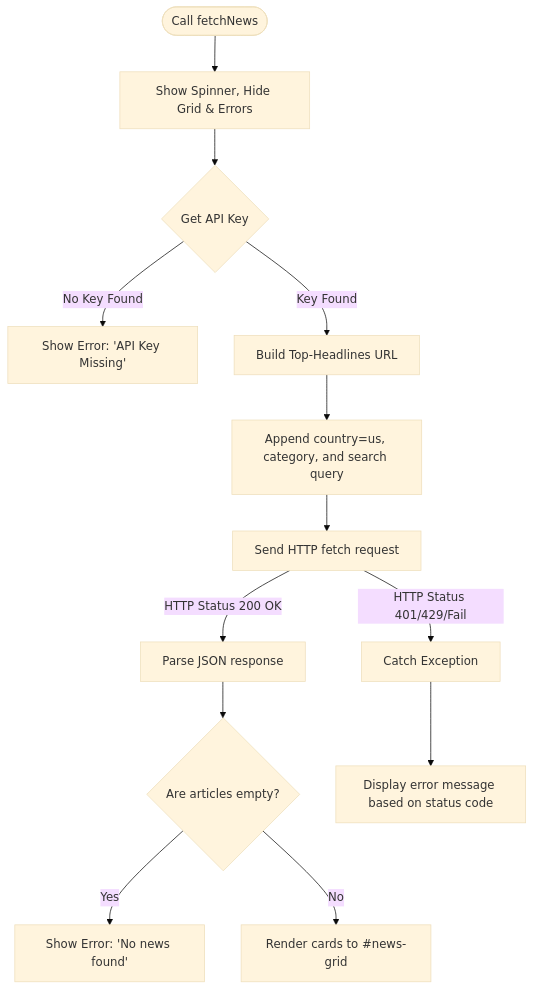
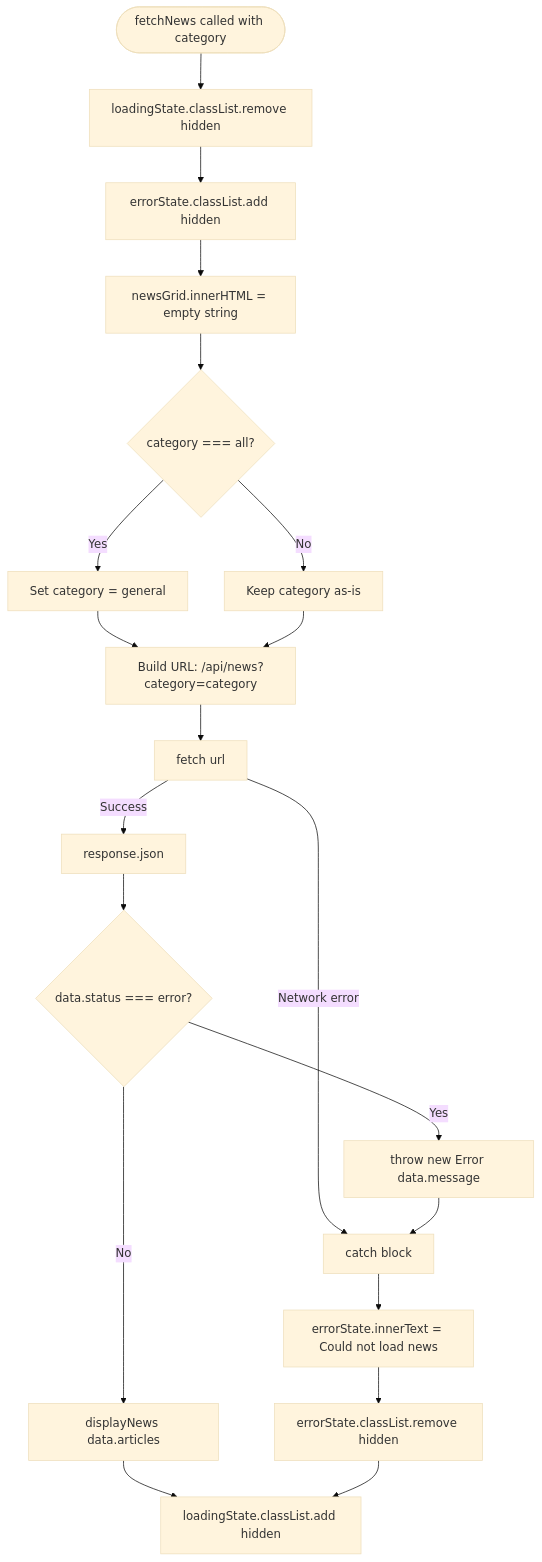
One commit to shahaulalam85/News_ojt changed the fourth of 13 diagrams in workflow.md. Above: the diagram before and after it, drawn with Mermaid (base theme). The commit also changed other lines of this file, not shown here.

````diff
--- a/workflow.md
+++ b/workflow.md
@@ -55,20 +138,22 @@
 ```mermaid
 flowchart TD
-    Start([Call fetchNews]) --> ShowLoading[Show Spinner, Hide Grid & Errors]
-    ShowLoading --> ResolveKey{Get API Key}
-    
-    ResolveKey -->|No Key Found| ErrorNoKey[Show Error: 'API Key Missing']
-    ResolveKey -->|Key Found| BuildURL[Build Top-Headlines URL]
-    
-    BuildURL --> AppendParams[Append country=us, category, and search query]
-    AppendParams --> FetchAPI[Send HTTP fetch request]
-    
-    FetchAPI -->|HTTP Status 200 OK| ParseJSON[Parse JSON response]
-    FetchAPI -->|HTTP Status 401/429/Fail| CatchError[Catch Exception]
-    
-    ParseJSON --> CheckArticles{Are articles empty?}
-    CheckArticles -->|Yes| ErrorEmpty[Show Error: 'No news found']
-    CheckArticles -->|No| RenderNews[Render cards to #news-grid]
-    
-    CatchError --> ErrorBoundary[Display error message based on status code]
+    Start([fetchNews called with category]) --> A[loadingState.classList.remove hidden]
+    A --> B[errorState.classList.add hidden]
+    B --> C[newsGrid.innerHTML = empty string]
+    C --> D{category === all?}
+    D -->|Yes| E[Set category = general]
+    D -->|No| F[Keep category as-is]
+    E --> G
+    F --> G[Build URL: /api/news?category=category]
+    G --> H[fetch url]
+    H -->|Success| I[response.json]
+    H -->|Network error| J[catch block]
+    I --> K{data.status === error?}
+    K -->|Yes| L[throw new Error data.message]
+    K -->|No| M[displayNews data.articles]
+    L --> J
+    J --> N[errorState.innerText = Could not load news]
+    N --> O[errorState.classList.remove hidden]
+    M --> P[loadingState.classList.add hidden]
+    O --> P
 ```
````
